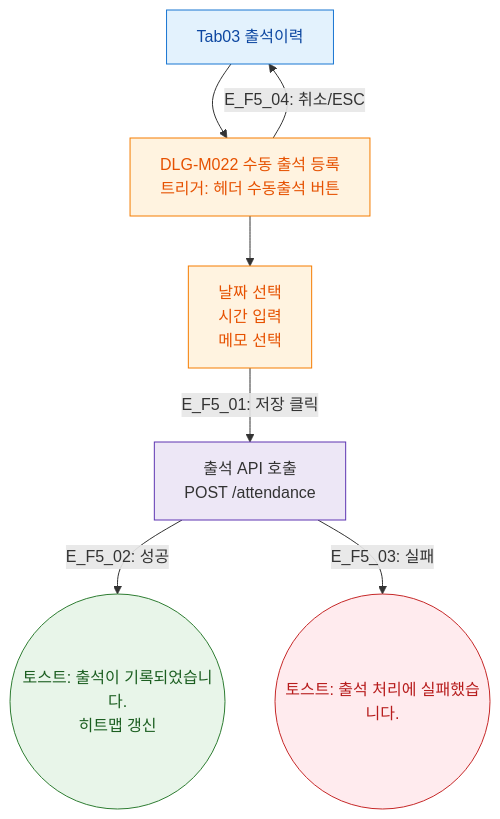
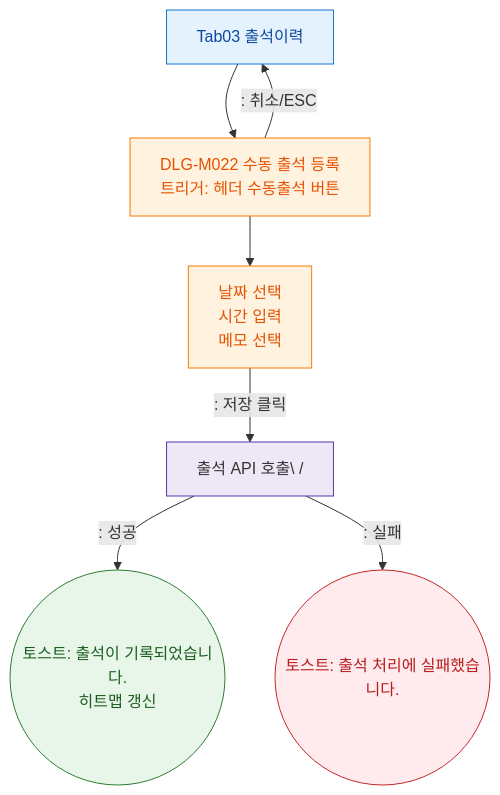
One commit to dev-spogym/admin-pando changed the diagram in docs/다이어그램/D02_회원관리/SCR-M004_회원상세/Tab03_출석이력/F5_모달트리거.md. Above: the diagram before and after it, drawn with Mermaid. The commit also changed other lines of this file and 1660 other files, not shown here.

First line of the commit message:
다이어그램: 기획자/클라이언트 납품본으로 정리

````diff
--- a/docs/다이어그램/D02_회원관리/SCR-M004_회원상세/Tab03_출석이력/F5_모달트리거.md
+++ b/docs/다이어그램/D02_회원관리/SCR-M004_회원상세/Tab03_출석이력/F5_모달트리거.md
@@ -22,21 +20,21 @@
 ```mermaid
 flowchart TD
   TAB[Tab03 출석이력] --> DLG_M022[DLG-M022 수동 출석 등록\n트리거: 헤더 수동출석 버튼]
 
   DLG_M022 --> FIELDS[날짜 선택\n시간 입력\n메모 선택]
-  FIELDS -->|"E_F5_01: 저장 클릭"| API[출석 API 호출\nPOST /attendance]
-  API -->|"E_F5_02: 성공"| OK((토스트: 출석이 기록되었습니다.\n히트맵 갱신))
-  API -->|"E_F5_03: 실패"| ERR((토스트: 출석 처리에 실패했습니다.))
-  DLG_M022 -->|"E_F5_04: 취소/ESC"| TAB
+  FIELDS -->|": 저장 클릭"|API[출석 API 호출\ /]
+  API -->|": 성공"|OK((토스트: 출석이 기록되었습니다.\n히트맵 갱신))
+  API -->|": 실패"|ERR((토스트: 출석 처리에 실패했습니다.))
+  DLG_M022 -->|": 취소/ESC"|TAB
 
   classDef screen fill:#E3F2FD,stroke:#1976D2,color:#0D47A1
   classDef modal fill:#FFF3E0,stroke:#F57C00,color:#E65100
   classDef success fill:#E8F5E9,stroke:#2E7D32,color:#1B5E20
   classDef error fill:#FFEBEE,stroke:#C62828,color:#B71C1C
   classDef system fill:#EDE7F6,stroke:#5E35B2
   class TAB screen
   class DLG_M022,FIELDS modal
   class OK success
   class ERR error
   class API system
 ```
````
